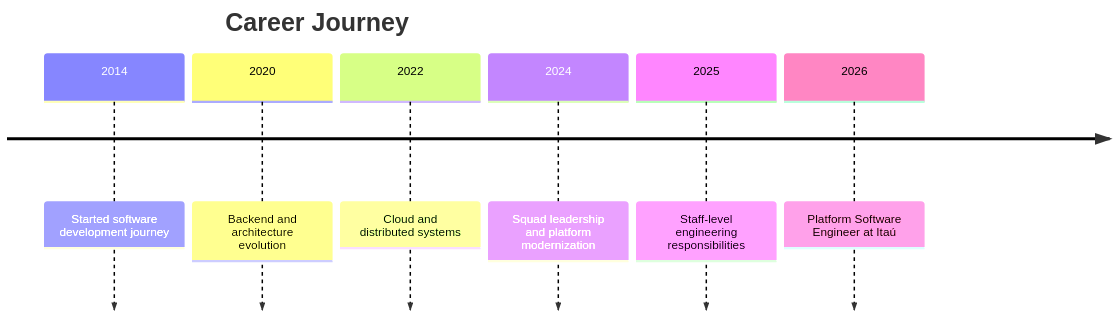
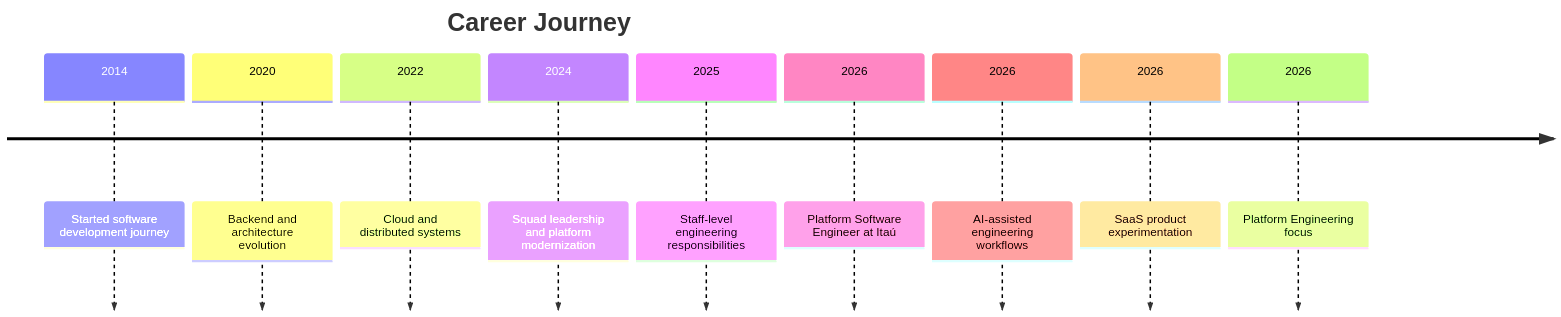
The second of 2 diagrams in README.md (VieiraGabrielAlexandre/brag-document), drawn with Mermaid before and after one commit. The commit also changed other lines of this file, not shown here.

````diff
--- a/README.md
+++ b/README.md
@@ -207,10 +270,22 @@
 ```mermaid
 timeline
     title Career Journey
+
     2014 : Started software development journey
+
     2020 : Backend and architecture evolution
+
     2022 : Cloud and distributed systems
+
     2024 : Squad leadership and platform modernization
+
     2025 : Staff-level engineering responsibilities
+
     2026 : Platform Software Engineer at Itaú
+
+    2026 : AI-assisted engineering workflows
+
+    2026 : SaaS product experimentation
+
+    2026 : Platform Engineering focus
 ```
````
